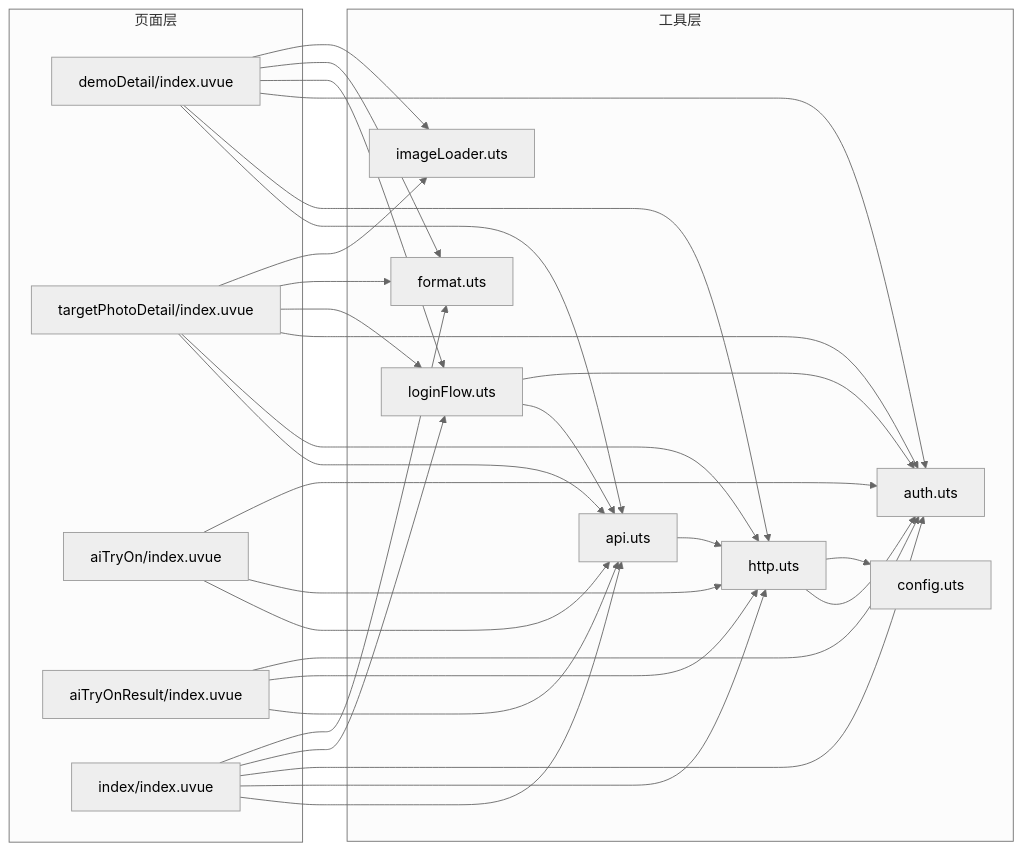
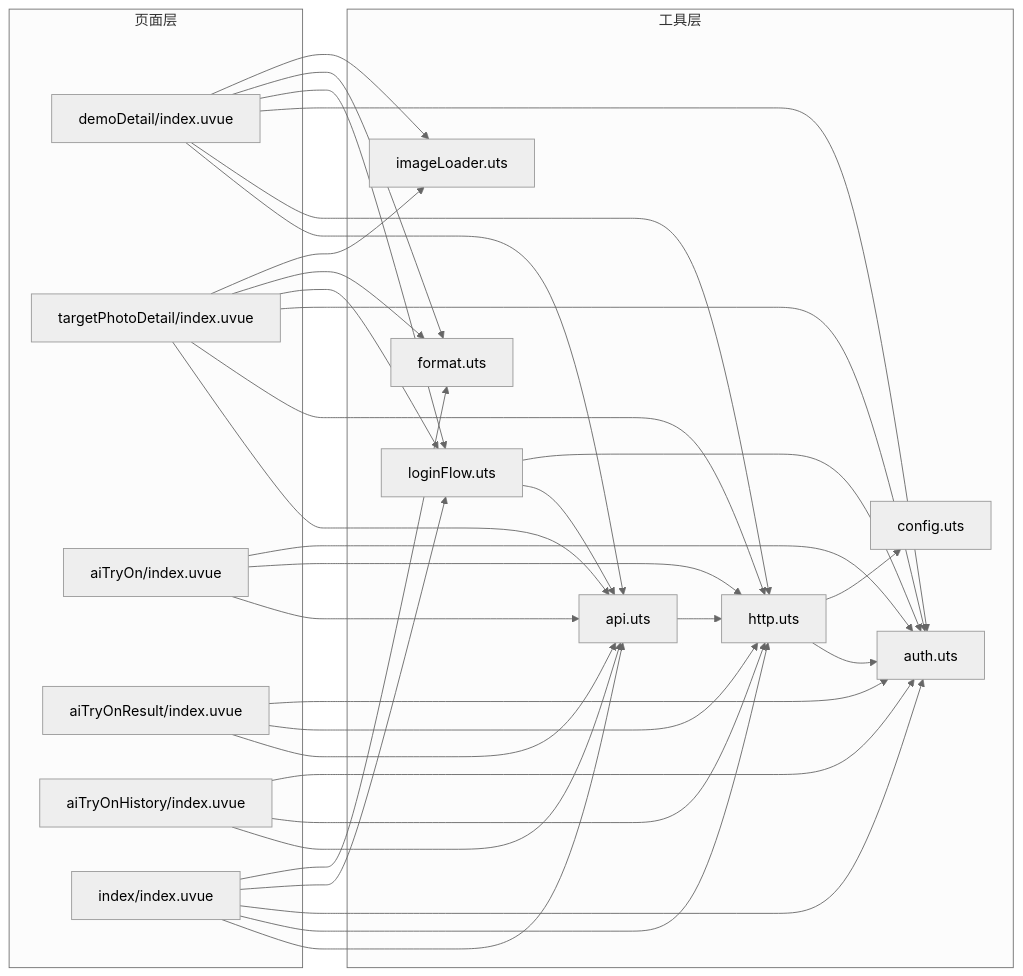
The eighth of 8 diagrams in .qoder/repowiki/zh/content/核心功能模块/客片管理系统/客片管理系统.md (crazyma99/blueberry), drawn with Mermaid (neutral theme) before and after one commit. The commit also changed other lines of this file and 4 other files, not shown here.

````diff
--- a/.qoder/repowiki/zh/content/核心功能模块/客片管理系统/客片管理系统.md
+++ b/.qoder/repowiki/zh/content/核心功能模块/客片管理系统/客片管理系统.md
@@ -429,47 +468,51 @@
 ```mermaid
 graph LR
 subgraph "页面层"
 DEMO["demoDetail/index.uvue"]
 DETAIL["targetPhotoDetail/index.uvue"]
 AITRY["aiTryOn/index.uvue"]
 RESULT["aiTryOnResult/index.uvue"]
+HISTORY["aiTryOnHistory/index.uvue"]
 HOME["index/index.uvue"]
 end
 subgraph "工具层"
 API["api.uts"]
 HTTP["http.uts"]
 AUTH["auth.uts"]
 LOGIN["loginFlow.uts"]
 FORMAT["format.uts"]
 IMG["imageLoader.uts"]
 CONF["config.uts"]
 end
 DEMO --> API
 DEMO --> HTTP
 DEMO --> AUTH
 DEMO --> LOGIN
 DEMO --> FORMAT
 DEMO --> IMG
 DETAIL --> API
 DETAIL --> HTTP
 DETAIL --> AUTH
 DETAIL --> LOGIN
 DETAIL --> FORMAT
 DETAIL --> IMG
 AITRY --> API
 AITRY --> HTTP
 AITRY --> AUTH
 RESULT --> API
 RESULT --> HTTP
 RESULT --> AUTH
+HISTORY --> API
+HISTORY --> HTTP
+HISTORY --> AUTH
 HOME --> API
 HOME --> HTTP
 HOME --> AUTH
 HOME --> LOGIN
 HOME --> FORMAT
 API --> HTTP
 HTTP --> AUTH
 HTTP --> CONF
 LOGIN --> API
 LOGIN --> AUTH
 ```
````
